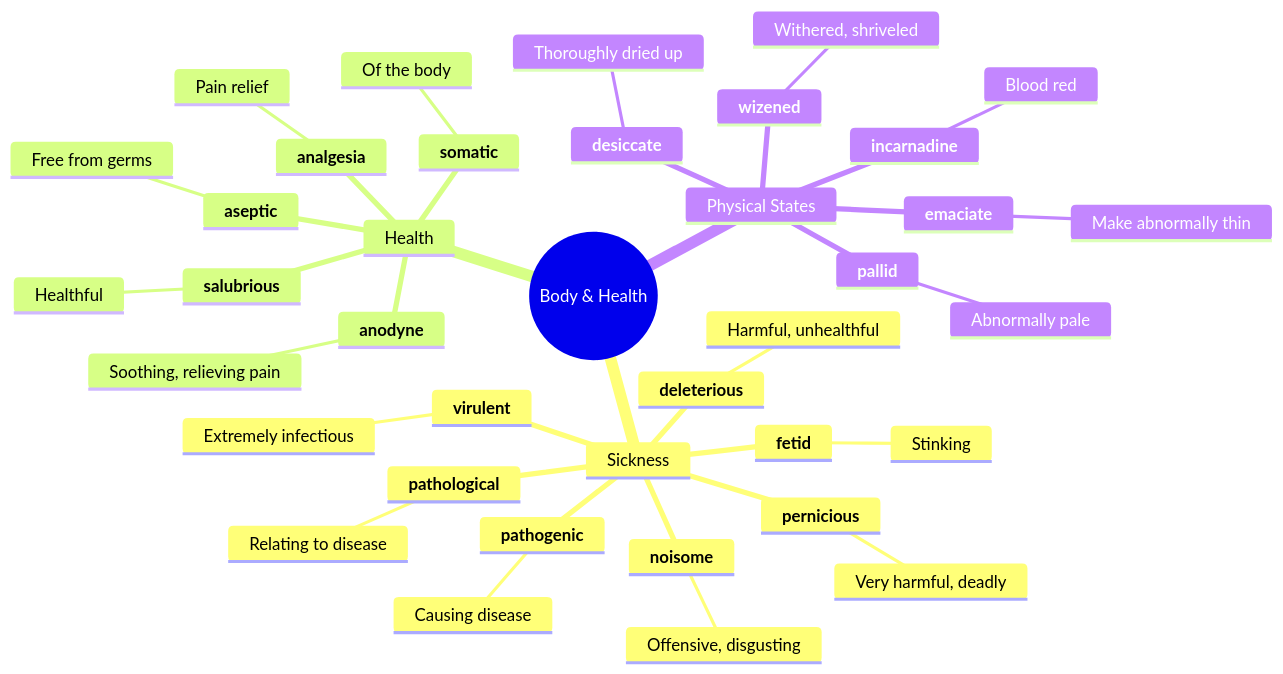
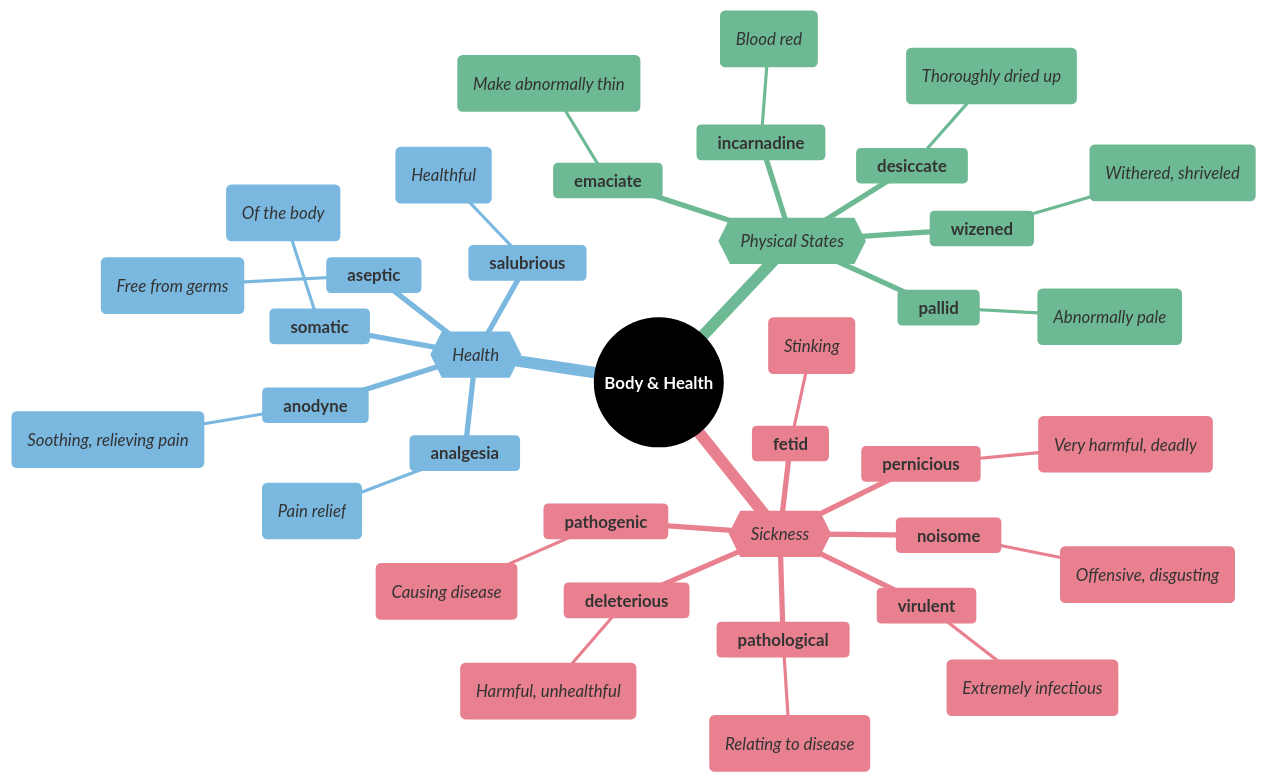
Before and after one commit to 95anantsingh/gre-preparation: the second of 7 diagrams in mindmaps/16-physical-world-and-nature.md, drawn with Mermaid. The commit also changed other lines of this file and 14 other files, not shown here.

````diff
--- a/mindmaps/16-physical-world-and-nature.md
+++ b/mindmaps/16-physical-world-and-nature.md
@@ -105,41 +124,60 @@
 ```mermaid
+%%{
+  init: {
+    "theme": "base",
+    "themeVariables": {
+      "primaryColor": "#000000",
+      "cScale1": "#e8808f",  "cScaleInv1": "#a33445",
+      "cScale2": "#7bb8e0",  "cScaleInv2": "#266a93",
+      "cScale3": "#6db993",  "cScaleInv3": "#23543f",
+      "cScale4": "#f5d07a",  "cScaleInv4": "#c4903b",
+      "cScale5": "#b08fcc",  "cScaleInv5": "#5d3b75",
+      "cScale6": "#74dace",  "cScaleInv6": "#217d72",
+      "cScale7": "#f09570",  "cScaleInv7": "#b84112",
+      "cScale8": "#8ea8c2",  "cScaleInv8": "#32465e",
+      "cScale9": "#cc7fba",  "cScaleInv9": "#7d2868",
+      "cScale10": "#c99a78", "cScaleInv10": "#7c4e32",
+      "cScale11": "#a3a3a3", "cScaleInv11": "#3d3d3d"
+    }
+  }
+}%%
 mindmap
-  root((Body & Health))
-    Sickness
+  root((<font color=white>**Body & Health**</font>))
+    {{_Sickness_}}
       **pathogenic**
-        Causing disease
+        (_Causing disease_)
       **pathological**
-        Relating to disease
+        (_Relating to disease_)
       **virulent**
-        Extremely infectious
+        (_Extremely infectious_)
       **pernicious**
-        Very harmful, deadly
+        (_Very harmful, deadly_)
       **deleterious**
-        Harmful, unhealthful
+        (_Harmful, unhealthful_)
       **noisome**
-        Offensive, disgusting
+        (_Offensive, disgusting_)
       **fetid**
-        Stinking
-    Health
+        (_Stinking_)
+    {{_Health_}}
       **salubrious**
-        Healthful
+        (_Healthful_)
       **analgesia**
-        Pain relief
+        (_Pain relief_)
       **anodyne**
-        Soothing, relieving pain
+        (_Soothing, relieving pain_)
       **somatic**
-        Of the body
+        (_Of the body_)
       **aseptic**
-        Free from germs
-    Physical States
+        (_Free from germs_)
+    {{_Physical States_}}
       **emaciate**
-        Make abnormally thin
+        (_Make abnormally thin_)
       **desiccate**
-        Thoroughly dried up
+        (_Thoroughly dried up_)
       **wizened**
-        Withered, shriveled
+        (_Withered, shriveled_)
       **pallid**
-        Abnormally pale
+        (_Abnormally pale_)
       **incarnadine**
-        Blood red
+        (_Blood red_)
 ```
````
